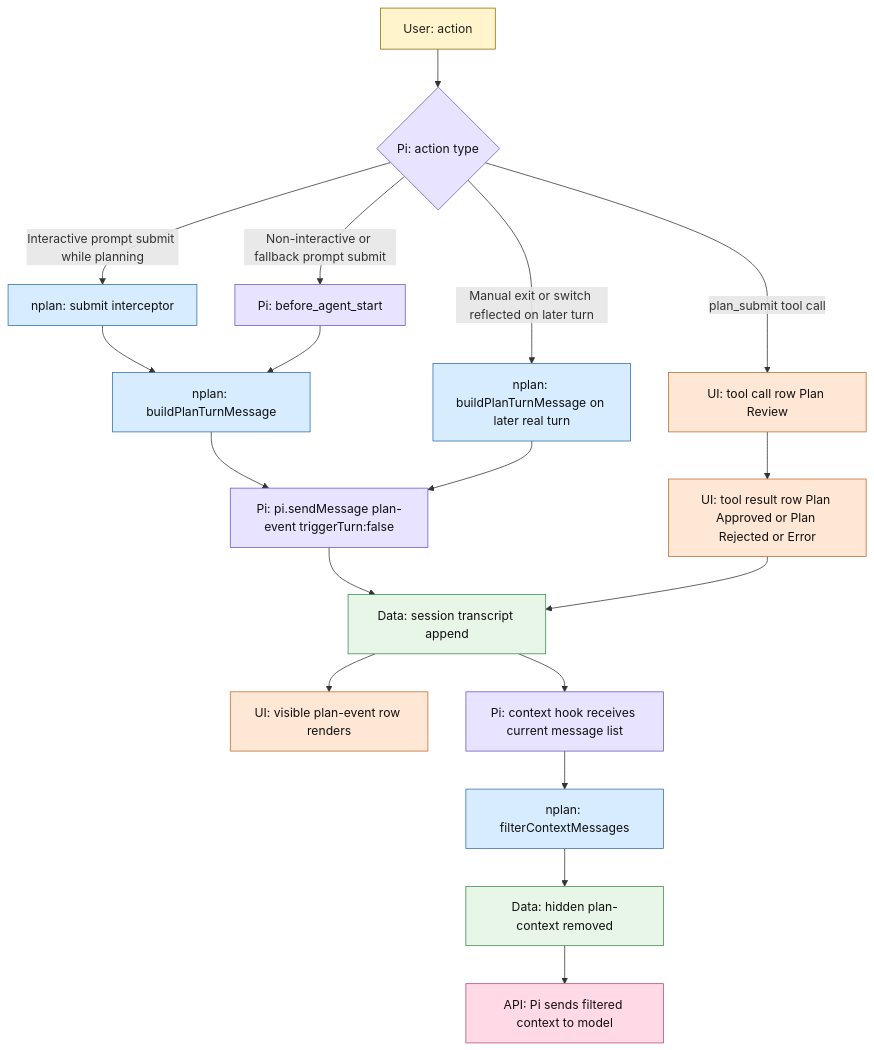
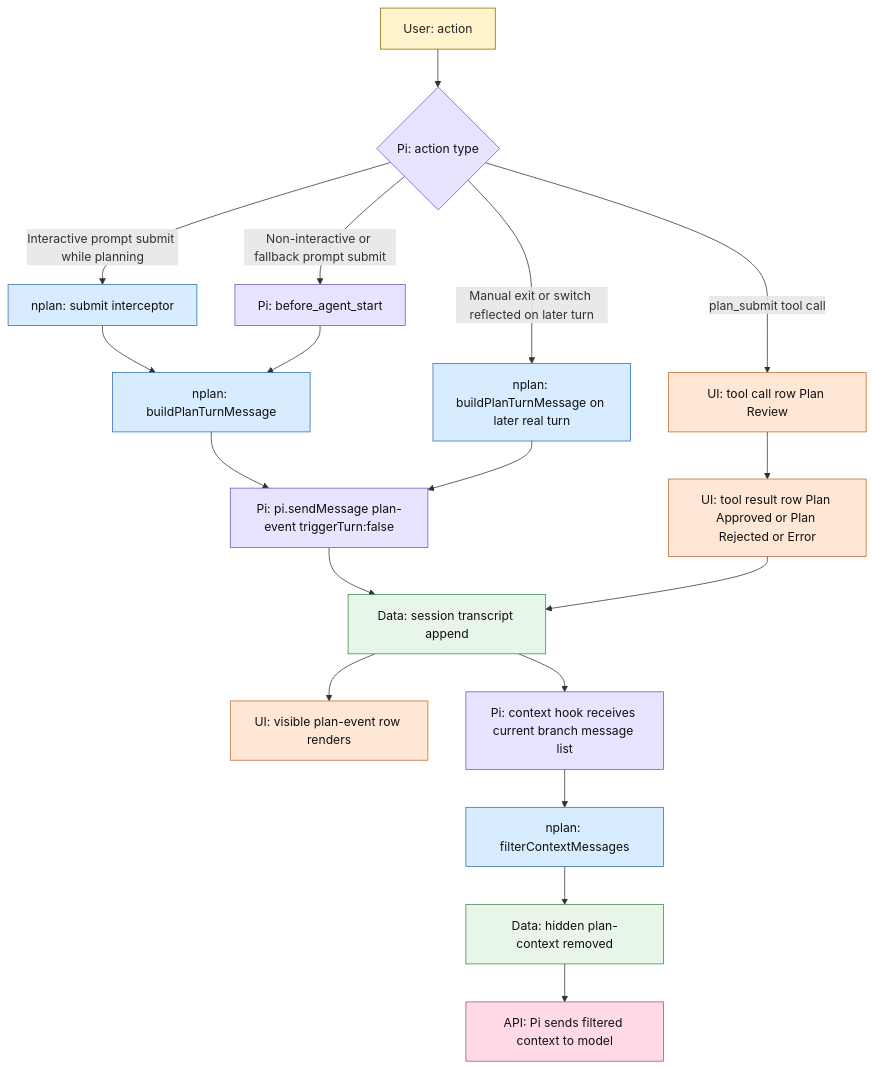
The first of 6 diagrams in docs/planning-message-lifecycle.md (pyronaur/nplan), drawn with Mermaid before and after one commit. The commit also changed other lines of this file, not shown here.

````diff
--- a/docs/planning-message-lifecycle.md
+++ b/docs/planning-message-lifecycle.md
@@ -38,38 +41,38 @@
 ```mermaid
 flowchart TD
     A[User: action] --> B{Pi: action type}
 
     B -->|Interactive prompt submit while planning| C[nplan: submit interceptor]
     C --> D[nplan: buildPlanTurnMessage]
     D --> E[Pi: pi.sendMessage plan-event triggerTurn:false]
     E --> F[Data: session transcript append]
     F --> G[UI: visible plan-event row renders]
 
     B -->|Non-interactive or fallback prompt submit| H[Pi: before_agent_start]
     H --> D
 
     B -->|plan_submit tool call| I[UI: tool call row Plan Review]
     I --> J[UI: tool result row Plan Approved or Plan Rejected or Error]
     J --> F
 
     B -->|Manual exit or switch reflected on later turn| K[nplan: buildPlanTurnMessage on later real turn]
     K --> E
 
-    F --> L[Pi: context hook receives current message list]
+    F --> L[Pi: context hook receives current branch message list]
     L --> M[nplan: filterContextMessages]
     M --> N[Data: hidden plan-context removed]
     N --> O[API: Pi sends filtered context to model]
 
     classDef user fill:#fff4cc,stroke:#8a6d00,color:#222;
     classDef nplan fill:#d8ecff,stroke:#2f6fb0,color:#111;
     classDef pi fill:#e8e3ff,stroke:#6b57c8,color:#111;
     classDef data fill:#e8f6e8,stroke:#3d8a4d,color:#111;
     classDef ui fill:#ffe7d6,stroke:#c26a2e,color:#111;
     classDef api fill:#ffd9e6,stroke:#b24b72,color:#111;
     class A user;
     class C,D,K,M nplan;
     class B,E,H,L pi;
     class F,N data;
     class G,I,J ui;
     class O api;
 ```
````
